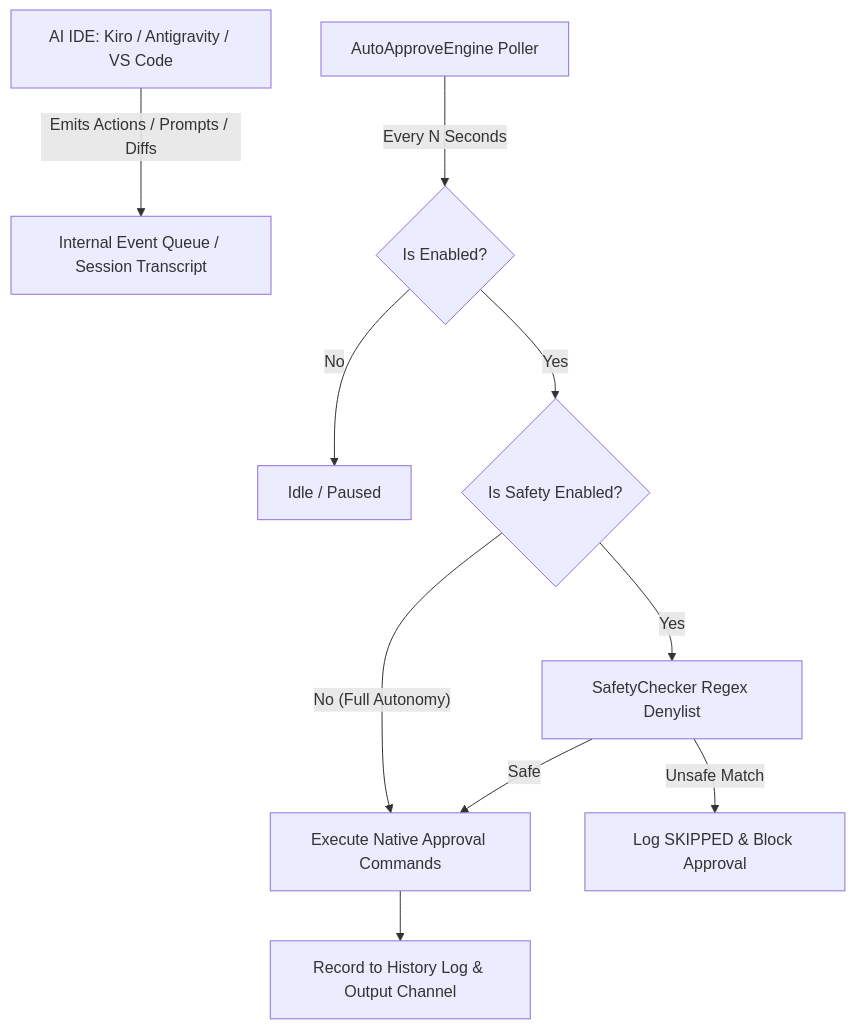
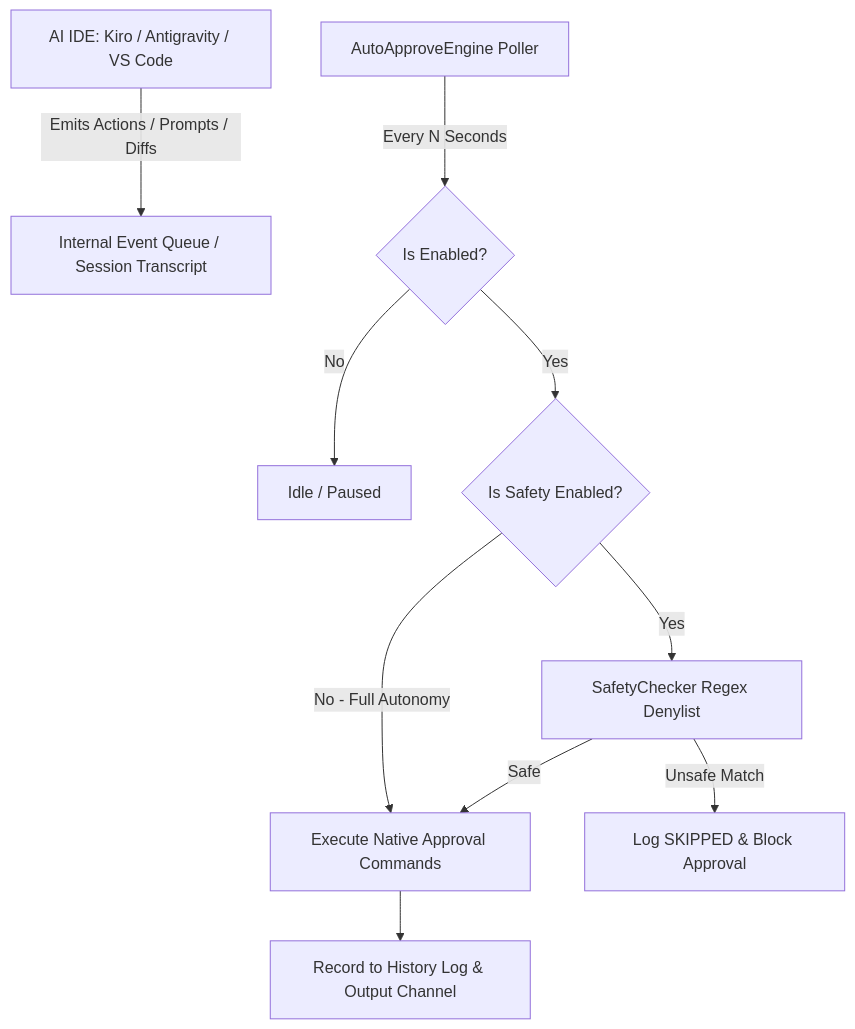
Before and after one commit to MaheshTechnicals/AI-IDE-Auto-Approve-Extension: the diagram in README.md, drawn with Mermaid. The commit also changed other lines of this file, not shown here.

Commit message:
docs: Complete README rewrite - GitHub Releases download flow, no marketplace, safety denylist table, release history

````diff
--- a/README.md
+++ b/README.md
@@ -132,12 +175,12 @@
 ```mermaid
 flowchart TD
     A[AI IDE: Kiro / Antigravity / VS Code] -->|Emits Actions / Prompts / Diffs| B[Internal Event Queue / Session Transcript]
     C[AutoApproveEngine Poller] -->|Every N Seconds| D{Is Enabled?}
     D -- No --> E[Idle / Paused]
     D -- Yes --> F{Is Safety Enabled?}
-    F -- No (Full Autonomy) --> G[Execute Native Approval Commands]
+    F -- No - Full Autonomy --> G[Execute Native Approval Commands]
     F -- Yes --> H[SafetyChecker Regex Denylist]
     H -- Unsafe Match --> I[Log SKIPPED & Block Approval]
     H -- Safe --> G
     G --> J[Record to History Log & Output Channel]
 ```
````
